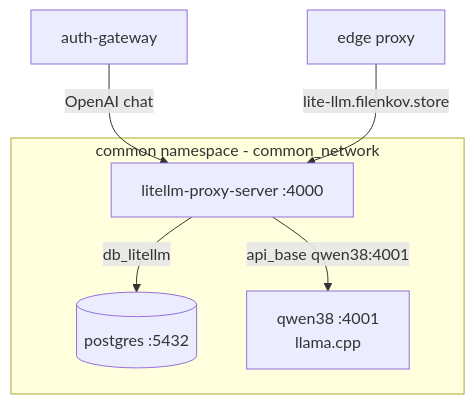
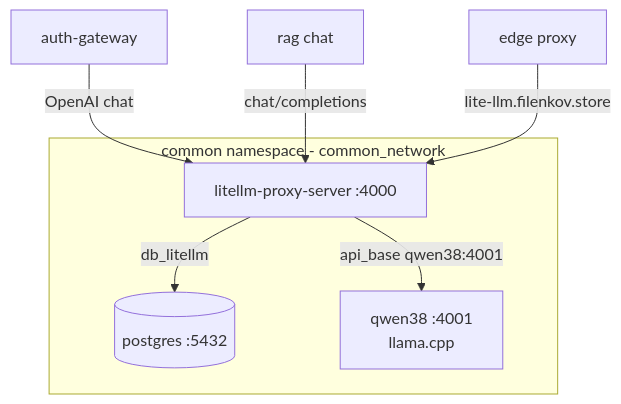
One commit to Aleshka5/Open-Storage changed the diagram in docs/llm/init.md. Above: the diagram before and after it, drawn with Mermaid. The commit also changed other lines of this file and 127 other files, not shown here.

````diff
--- a/docs/llm/init.md
+++ b/docs/llm/init.md
@@ -28,16 +28,18 @@
 ```mermaid
 flowchart TB
   subgraph CM["common namespace - common_network"]
     PG[("postgres :5432")]
     LR["litellm-proxy-server :4000"]
     QS["qwen38 :4001<br/>llama.cpp"]
   end
 
   GW["auth-gateway"]
   PR["edge proxy"]
+  RC["rag chat"]
 
   GW -->|"OpenAI chat"| LR
+  RC -->|"chat/completions"| LR
   LR -->|"api_base qwen38:4001"| QS
   LR -->|"db_litellm"| PG
   PR -->|"lite-llm.filenkov.store"| LR
 ```
````
